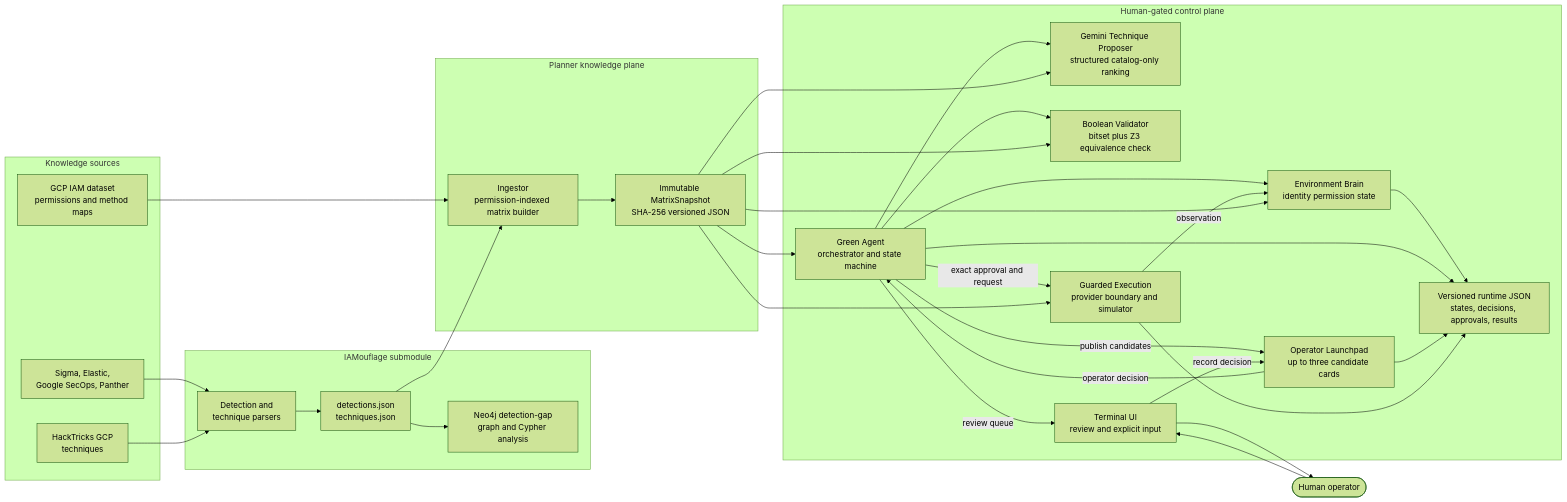
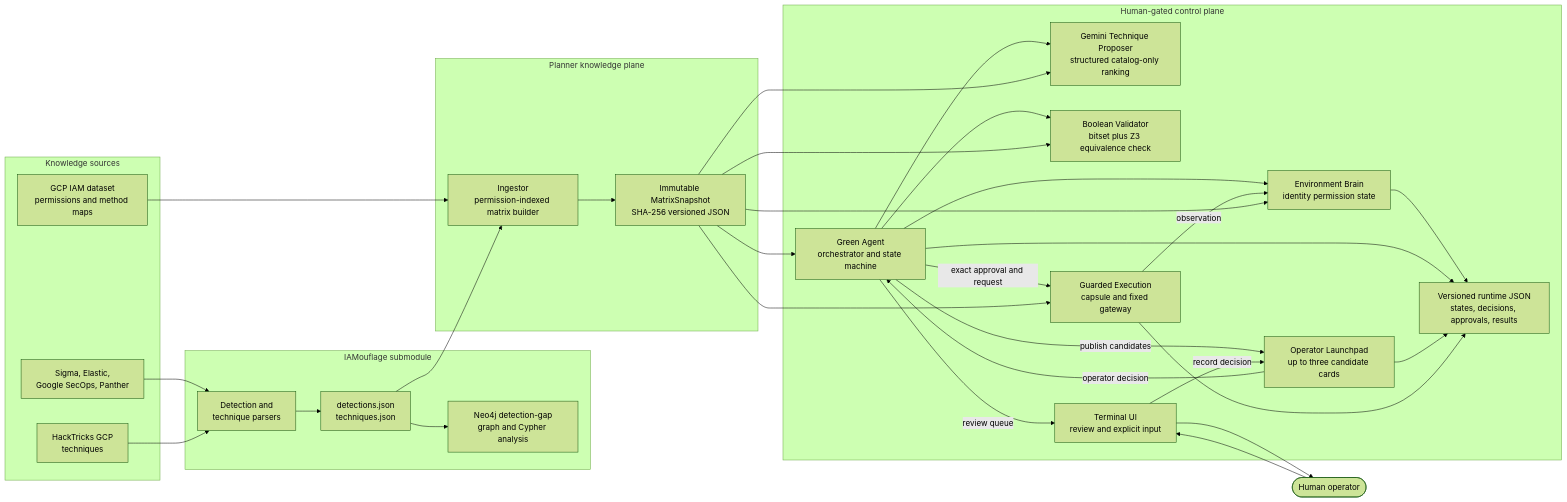
The first of 2 diagrams in code/README.md (moabid42/Verisentinel), drawn with Mermaid (forest theme) before and after one commit. The commit also changed other lines of this file and 1 other file, not shown here.

````diff
--- a/code/README.md
+++ b/code/README.md
@@ -18,58 +19,58 @@
 ```mermaid
 flowchart LR
     subgraph Sources[Knowledge sources]
         IAMData["GCP IAM dataset<br/>permissions and method maps"]
         RuleCorpora["Sigma, Elastic,<br/>Google SecOps, Panther"]
         Techniques["HackTricks GCP<br/>techniques"]
     end
 
     subgraph IAMouflageProject[IAMouflage submodule]
         IAMParser["Detection and<br/>technique parsers"]
         Graph["Neo4j detection-gap<br/>graph and Cypher analysis"]
         Exports["detections.json<br/>techniques.json"]
         IAMParser --> Exports --> Graph
     end
 
     subgraph KnowledgePlane[Planner knowledge plane]
         Ingestor["Ingestor<br/>permission-indexed matrix builder"]
         Snapshot["Immutable MatrixSnapshot<br/>SHA-256 versioned JSON"]
         Ingestor --> Snapshot
     end
 
     subgraph ControlPlane[Human-gated control plane]
         Green["Green Agent<br/>orchestrator and state machine"]
         Environment["Environment Brain<br/>identity permission state"]
         Proposer["Gemini Technique Proposer<br/>structured catalog-only ranking"]
         Validator["Boolean Validator<br/>bitset plus Z3 equivalence check"]
         Launchpad["Operator Launchpad<br/>up to three candidate cards"]
         Terminal["Terminal UI<br/>review and explicit input"]
-        Execution["Guarded Execution<br/>provider boundary and simulator"]
+        Execution["Guarded Execution<br/>capsule and fixed gateway"]
         Runtime["Versioned runtime JSON<br/>states, decisions, approvals, results"]
 
         Green --> Environment
         Green --> Proposer
         Green --> Validator
         Green -->|publish candidates| Launchpad
         Green -->|review queue| Terminal
         Terminal -->|record decision| Launchpad
         Launchpad -->|operator decision| Green
         Green -->|exact approval and request| Execution
         Execution -->|observation| Environment
         Environment --> Runtime
         Green --> Runtime
         Launchpad --> Runtime
         Execution --> Runtime
     end
 
     RuleCorpora --> IAMParser
     Techniques --> IAMParser
     IAMData --> Ingestor
     Exports --> Ingestor
     Snapshot --> Green
     Snapshot --> Environment
     Snapshot --> Proposer
     Snapshot --> Validator
     Snapshot --> Execution
     Operator([Human operator]) --> Terminal
     Terminal --> Operator
 ```
````
